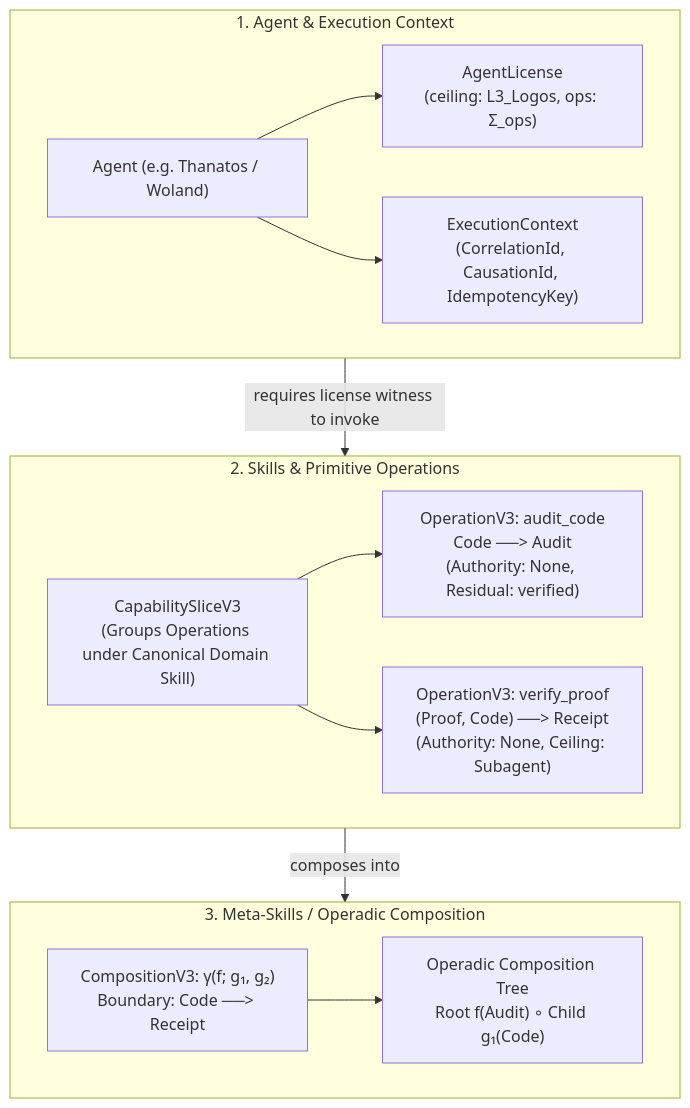
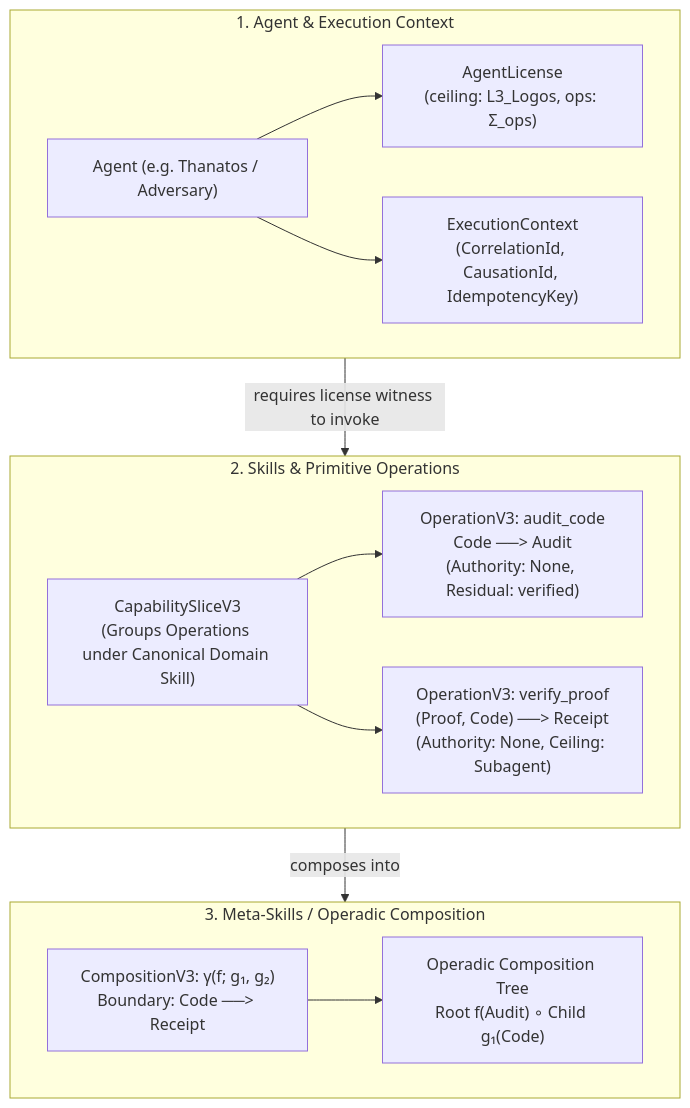
One commit to dbccpage/proposal_fidelity_protocol_pfp changed the second of 5 diagrams in education/008_oeop/_images/oewas_operad_model_guide.md. Above: the diagram before and after it, drawn with Mermaid. The commit also changed other lines of this file and 8328 other files, not shown here.

````diff
--- a/education/008_oeop/_images/oewas_operad_model_guide.md
+++ b/education/008_oeop/_images/oewas_operad_model_guide.md
@@ -85,27 +85,27 @@
 ```mermaid
 flowchart TD
     subgraph AgentLayer["1. Agent & Execution Context"]
-        Agent["Agent (e.g. Thanatos / Woland)"]
+        Agent["Agent (e.g. Thanatos / Adversary)"]
         Lic["AgentLicense<br/>(ceiling: L3_Logos, ops: Σ_ops)"]
         Ctx["ExecutionContext<br/>(CorrelationId, CausationId, IdempotencyKey)"]
         Agent --> Lic
         Agent --> Ctx
     end
 
     subgraph SkillLayer["2. Skills & Primitive Operations"]
         Op1["OperationV3: audit_code<br/>Code ──> Audit<br/>(Authority: None, Residual: verified)"]
         Op2["OperationV3: verify_proof<br/>(Proof, Code) ──> Receipt<br/>(Authority: None, Ceiling: Subagent)"]
         Slice["CapabilitySliceV3<br/>(Groups Operations under Canonical Domain Skill)"]
         Slice --> Op1
         Slice --> Op2
     end
 
     subgraph MetaSkillLayer["3. Meta-Skills / Operadic Composition"]
         Meta["CompositionV3: γ(f; g₁, g₂)<br/>Boundary: Code ──> Receipt"]
         Tree["Operadic Composition Tree<br/>Root f(Audit) ∘ Child g₁(Code)"]
         Meta --> Tree
     end
 
     AgentLayer -->|"requires license witness to invoke"| SkillLayer
     SkillLayer -->|"composes into"| MetaSkillLayer
 ```
````
